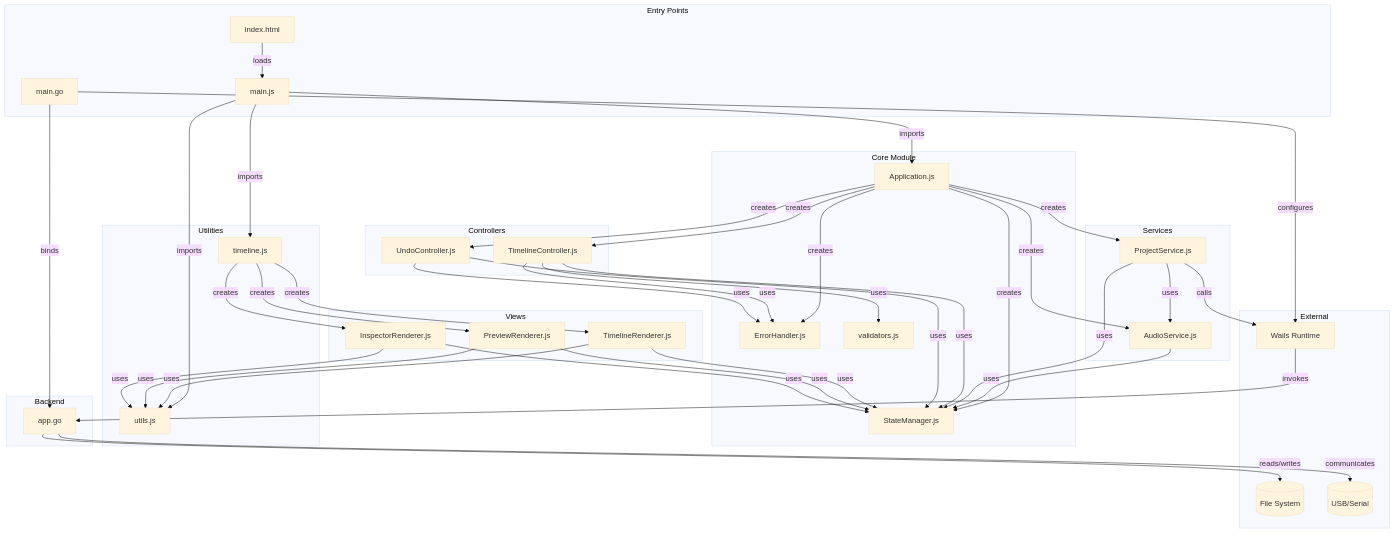
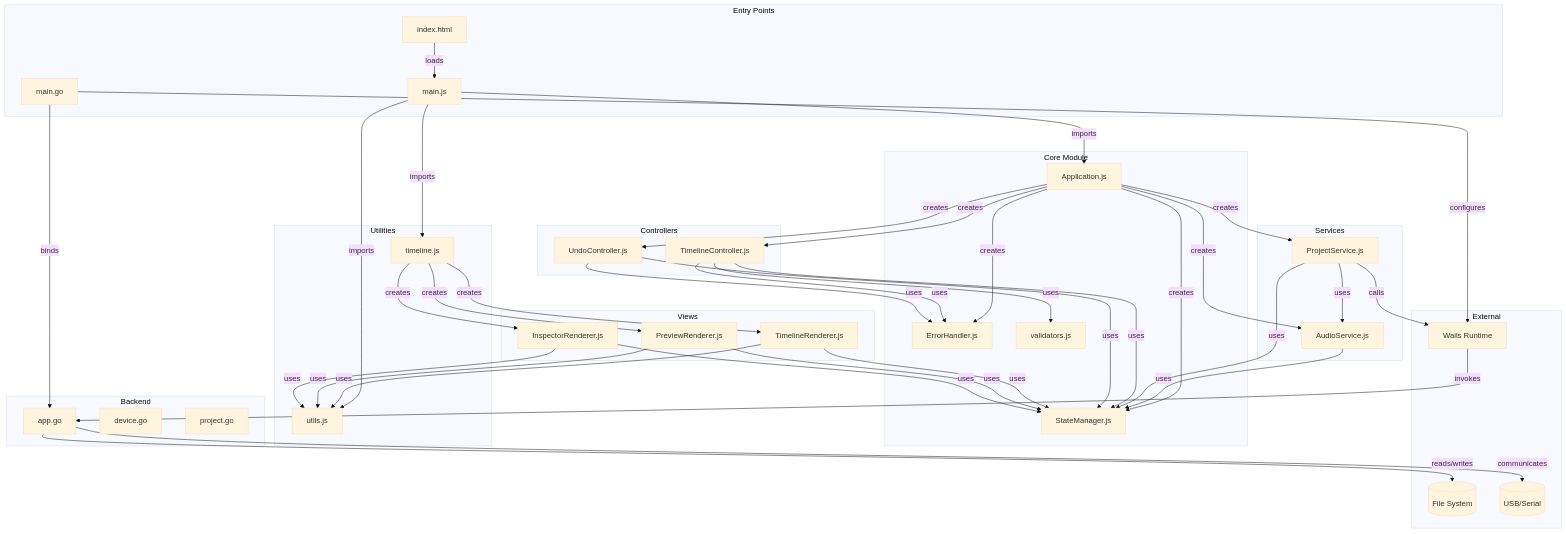
One commit to picolume/studio changed the seventh of 11 diagrams in SOFTWARE_REQUIREMENTS_DOCUMENT.md. Above: the diagram before and after it, drawn with Mermaid (base theme). The commit also changed other lines of this file and 2 other files, not shown here.

```diff
--- a/SOFTWARE_REQUIREMENTS_DOCUMENT.md
+++ b/SOFTWARE_REQUIREMENTS_DOCUMENT.md
@@ -1381,6 +1389,8 @@
 
     subgraph "Backend"
         APPGO[app.go]
+        DEVGO[device.go]
+        PROJGO[project.go]
     end
 
     subgraph "External"
```
